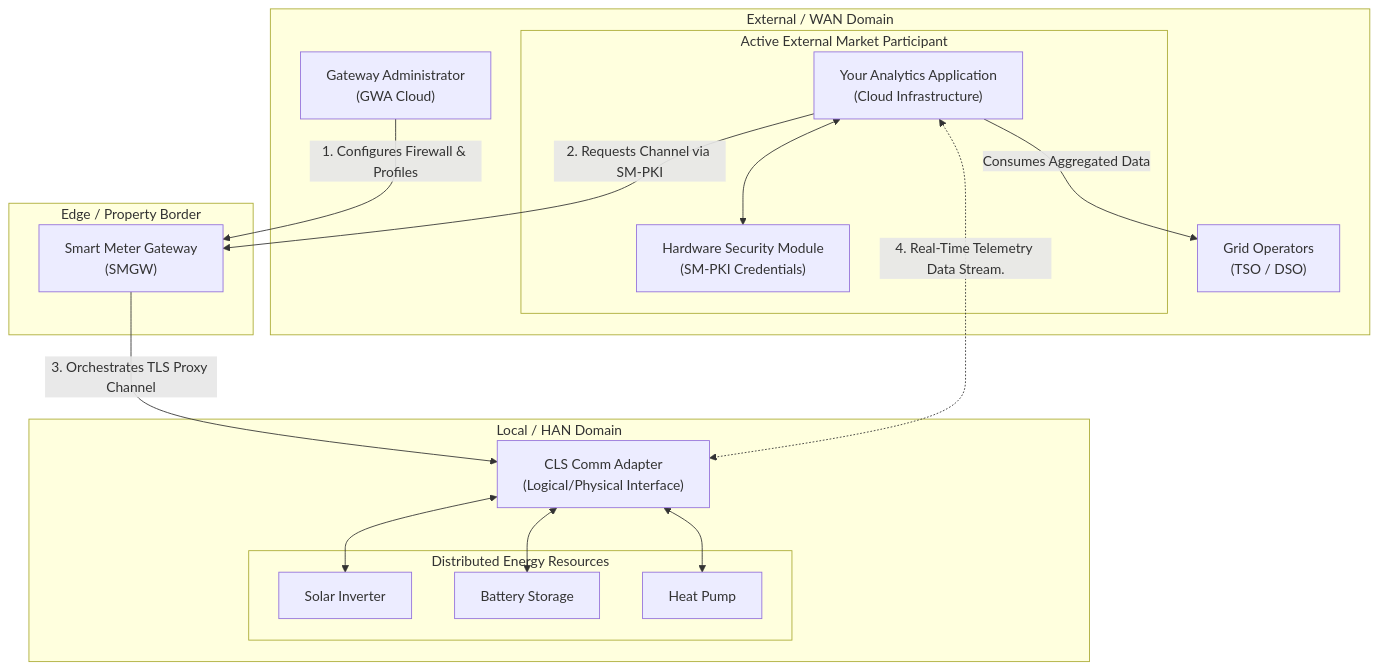
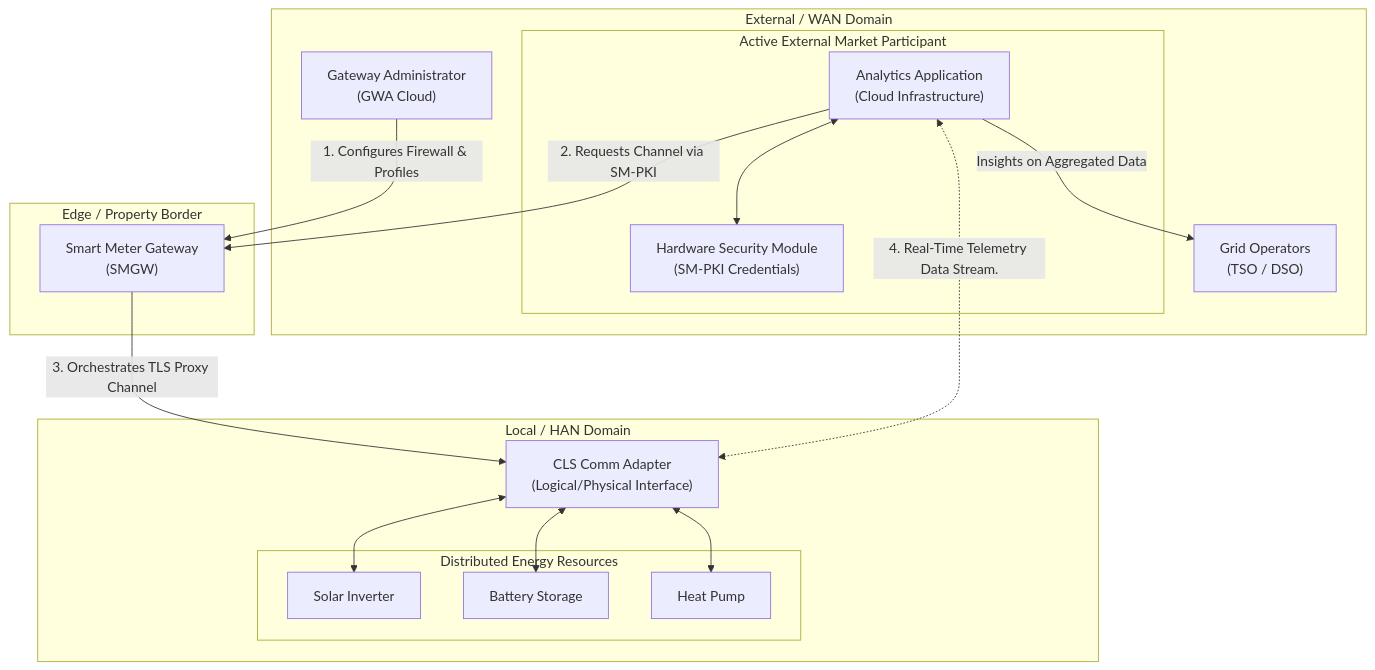
Before and after one commit to sbhrwl/microservices: the diagram in CLS.md, drawn with Mermaid.

````diff
--- a/CLS.md
+++ b/CLS.md
@@ -2,42 +2,42 @@
 ```mermaid
 graph TD
     %% External / WAN Domain
     subgraph WAN [External / WAN Domain]
         subgraph EMT [Active External Market Participant]
-            App["Your Analytics Application<br/>(Cloud Infrastructure)"]
+            App["Analytics Application<br/>(Cloud Infrastructure)"]
             HSM["Hardware Security Module<br/>(SM-PKI Credentials)"]
             App <--> HSM
         end
         
         GWA["Gateway Administrator<br/>(GWA Cloud)"]
         Operators["Grid Operators<br/>(TSO / DSO)"]
         
-        App -->|Consumes Aggregated Data| Operators
+        App -->|Insights on Aggregated Data| Operators
     end
 
     %% Edge Border
     subgraph Edge [Edge / Property Border]
         SMGW["Smart Meter Gateway<br/>(SMGW)"]
     end
 
     %% Local / HAN Domain
     subgraph HAN [Local / HAN Domain]
         CLS["CLS Comm Adapter<br/>(Logical/Physical Interface)"]
         
         subgraph DER [Distributed Energy Resources]
             Inverter["Solar Inverter"]
             Battery["Battery Storage"]
             HP["Heat Pump"]
         end
         
         CLS <--> Inverter
         CLS <--> Battery
         CLS <--> HP
     end
 
     %% Operational Orchestration and Data Flow
     GWA -->|1. Configures Firewall & Profiles| SMGW
     App -->|2. Requests Channel via SM-PKI| SMGW
     SMGW -->|3. Orchestrates TLS Proxy Channel| CLS
     App <.->|4. Real-Time Telemetry Data Stream.| CLS
 ```
````
